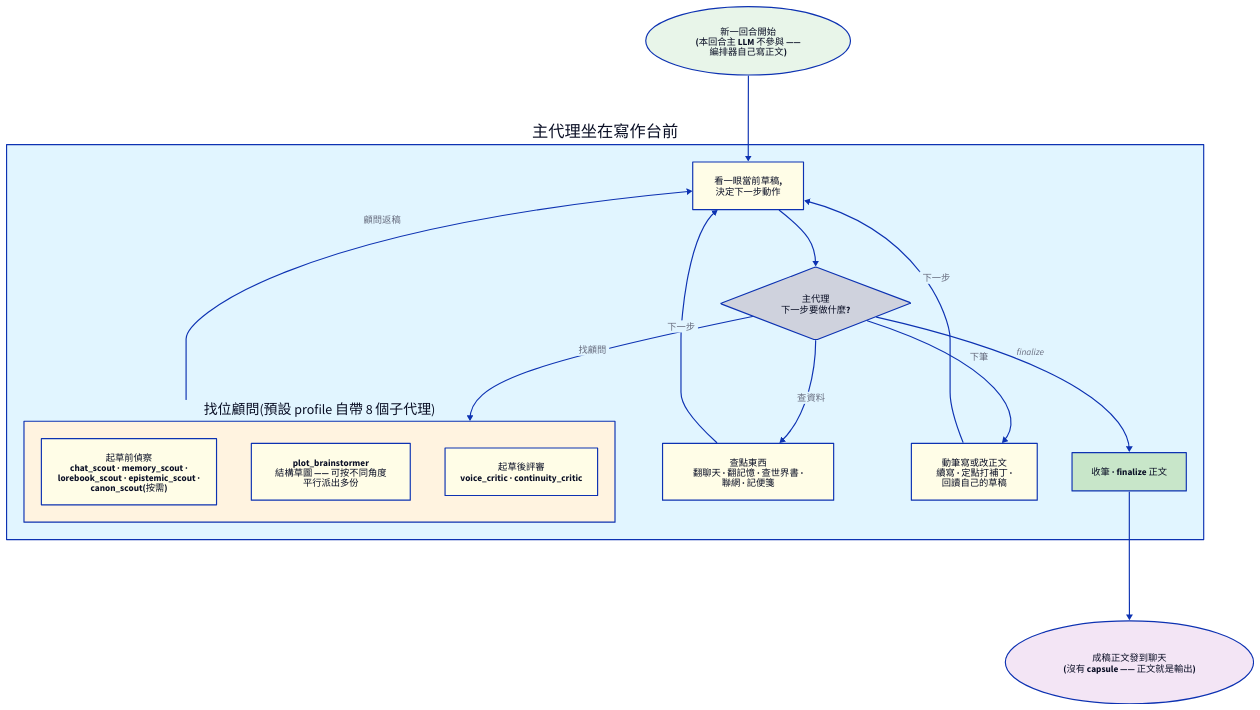
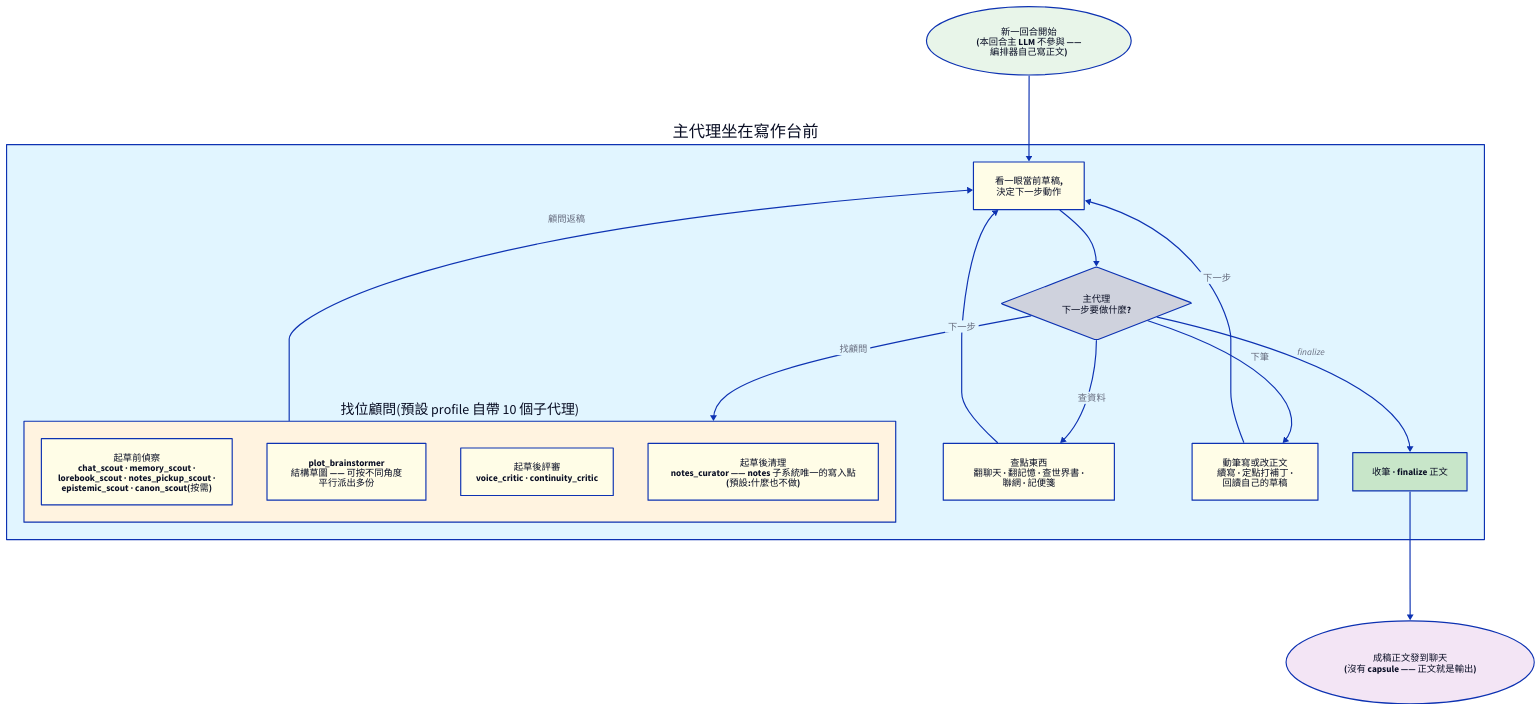
Before and after one commit to funnycups/Luker: the diagram in docs/zh-TW/features/orchestrator/director.md, drawn with D2. The commit also changed other lines of this file and 37 other files, not shown here.

````diff
--- a/docs/zh-TW/features/orchestrator/director.md
+++ b/docs/zh-TW/features/orchestrator/director.md
@@ -66,62 +66,65 @@
 ```d2
 direction: down
 
 start: "新一回合開始\n(本回合主 LLM 不參與 ——\n編排器自己寫正文)" {
   shape: oval
   style.fill: "#e8f5e9"
 }
 
 loop: "主代理坐在寫作台前" {
   style.fill: "#e1f5ff"
 
   think: "看一眼當前草稿,\n決定下一步動作" {
     style.fill: "#fffde7"
   }
 
   decide: "主代理\n下一步要做什麼?" {
     shape: diamond
   }
 
-  consult: "找位顧問(預設 profile 自帶 8 個子代理)" {
+  consult: "找位顧問(預設 profile 自帶 10 個子代理)" {
     style.fill: "#fff3e0"
-    pre: "起草前偵察\nchat_scout · memory_scout ·\nlorebook_scout · epistemic_scout ·\ncanon_scout(按需)" {
+    pre: "起草前偵察\nchat_scout · memory_scout ·\nlorebook_scout · notes_pickup_scout ·\nepistemic_scout · canon_scout(按需)" {
       style.fill: "#fffde7"
     }
     mid: "plot_brainstormer\n結構草圖 —— 可按不同角度\n平行派出多份" {
       style.fill: "#fffde7"
     }
     post: "起草後評審\nvoice_critic · continuity_critic" {
+      style.fill: "#fffde7"
+    }
+    housekeeping: "起草後清理\nnotes_curator —— notes 子系統唯一的寫入點\n(預設:什麼也不做)" {
       style.fill: "#fffde7"
     }
   }
 
   research: "查點東西\n翻聊天 · 翻記憶 · 查世界書 ·\n聯網 · 記便箋" {
     style.fill: "#fffde7"
   }
 
   write: "動筆寫或改正文\n續寫 · 定點打補丁 ·\n回讀自己的草稿" {
     style.fill: "#fffde7"
   }
 
   finalize: "收筆 · finalize 正文" {
     style.fill: "#c8e6c9"
   }
 
   think -> decide
   decide -> consult: "找顧問"
   decide -> research: "查資料"
   decide -> write: "下筆"
   decide -> finalize: "finalize"
   consult -> think: "顧問返稿"
   research -> think: "下一步"
   write -> think: "下一步"
 }
 
 out: "成稿正文發到聊天\n(沒有 capsule —— 正文就是輸出)" {
   shape: oval
   style.fill: "#f3e5f5"
 }
 
 start -> loop.think
 loop.finalize -> out
 ```
````
